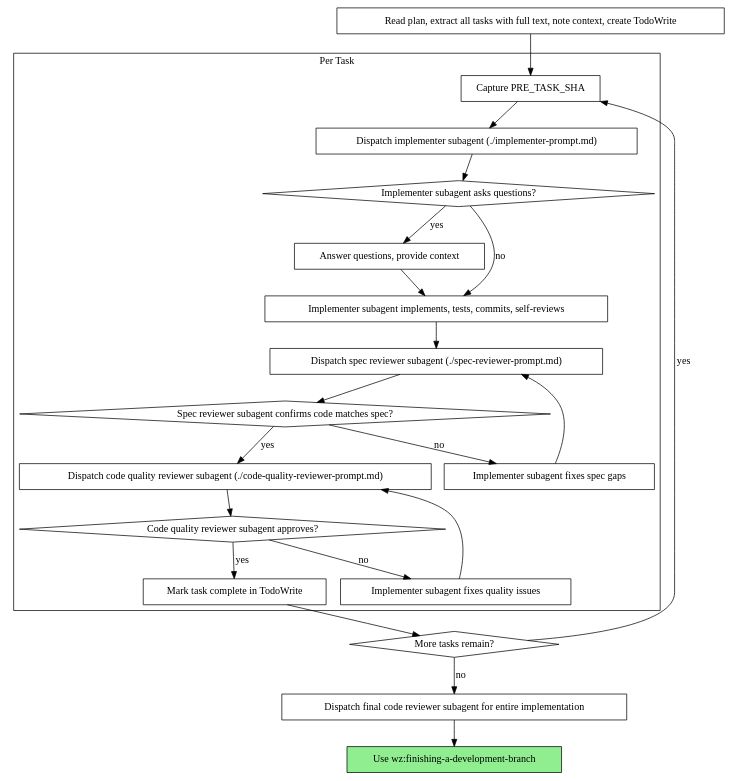
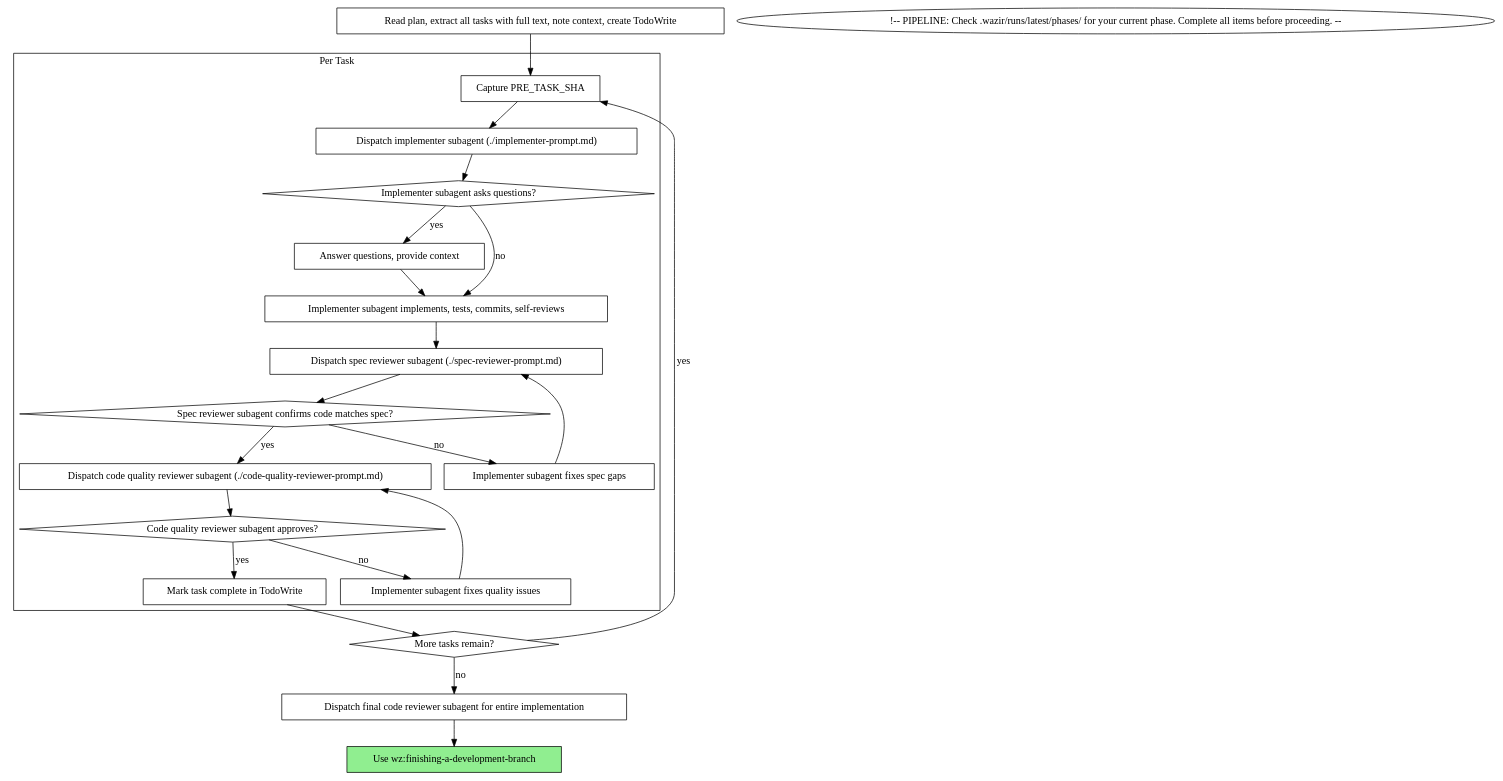
One commit to MohamedAbdallah-14/Wazir changed the second of 2 diagrams in skills/subagent-driven-development/SKILL.md. Above: the diagram before and after it, drawn with Graphviz. The commit also changed other lines of this file and 100 other files, not shown here.

First line of the commit message:
feat: pipeline enforcement v2 — phase file checklists + hook injection (#7)

````diff
--- a/skills/subagent-driven-development/SKILL.md
+++ b/skills/subagent-driven-development/SKILL.md
@@ -55,46 +56,47 @@
 ```dot
 digraph process {
     rankdir=TB;
 
     subgraph cluster_per_task {
         label="Per Task";
         "Capture PRE_TASK_SHA" [shape=box];
         "Dispatch implementer subagent (./implementer-prompt.md)" [shape=box];
         "Implementer subagent asks questions?" [shape=diamond];
         "Answer questions, provide context" [shape=box];
         "Implementer subagent implements, tests, commits, self-reviews" [shape=box];
         "Dispatch spec reviewer subagent (./spec-reviewer-prompt.md)" [shape=box];
         "Spec reviewer subagent confirms code matches spec?" [shape=diamond];
         "Implementer subagent fixes spec gaps" [shape=box];
         "Dispatch code quality reviewer subagent (./code-quality-reviewer-prompt.md)" [shape=box];
         "Code quality reviewer subagent approves?" [shape=diamond];
         "Implementer subagent fixes quality issues" [shape=box];
         "Mark task complete in TodoWrite" [shape=box];
     }
 
     "Read plan, extract all tasks with full text, note context, create TodoWrite" [shape=box];
     "More tasks remain?" [shape=diamond];
     "Dispatch final code reviewer subagent for entire implementation" [shape=box];
     "Use wz:finishing-a-development-branch" [shape=box style=filled fillcolor=lightgreen];
 
     "Read plan, extract all tasks with full text, note context, create TodoWrite" -> "Capture PRE_TASK_SHA";
     "Capture PRE_TASK_SHA" -> "Dispatch implementer subagent (./implementer-prompt.md)";
     "Dispatch implementer subagent (./implementer-prompt.md)" -> "Implementer subagent asks questions?";
     "Implementer subagent asks questions?" -> "Answer questions, provide context" [label="yes"];
     "Answer questions, provide context" -> "Implementer subagent implements, tests, commits, self-reviews";
     "Implementer subagent asks questions?" -> "Implementer subagent implements, tests, commits, self-reviews" [label="no"];
     "Implementer subagent implements, tests, commits, self-reviews" -> "Dispatch spec reviewer subagent (./spec-reviewer-prompt.md)";
     "Dispatch spec reviewer subagent (./spec-reviewer-prompt.md)" -> "Spec reviewer subagent confirms code matches spec?";
     "Spec reviewer subagent confirms code matches spec?" -> "Dispatch code quality reviewer subagent (./code-quality-reviewer-prompt.md)" [label="yes"];
     "Spec reviewer subagent confirms code matches spec?" -> "Implementer subagent fixes spec gaps" [label="no"];
     "Implementer subagent fixes spec gaps" -> "Dispatch spec reviewer subagent (./spec-reviewer-prompt.md)";
     "Dispatch code quality reviewer subagent (./code-quality-reviewer-prompt.md)" -> "Code quality reviewer subagent approves?";
     "Code quality reviewer subagent approves?" -> "Mark task complete in TodoWrite" [label="yes"];
     "Code quality reviewer subagent approves?" -> "Implementer subagent fixes quality issues" [label="no"];
     "Implementer subagent fixes quality issues" -> "Dispatch code quality reviewer subagent (./code-quality-reviewer-prompt.md)";
     "Mark task complete in TodoWrite" -> "More tasks remain?";
     "More tasks remain?" -> "Capture PRE_TASK_SHA" [label="yes"];
     "More tasks remain?" -> "Dispatch final code reviewer subagent for entire implementation" [label="no"];
     "Dispatch final code reviewer subagent for entire implementation" -> "Use wz:finishing-a-development-branch";
+<!-- PIPELINE: Check .wazir/runs/latest/phases/ for your current phase. Complete all items before proceeding. -->
 }
 ```
````
